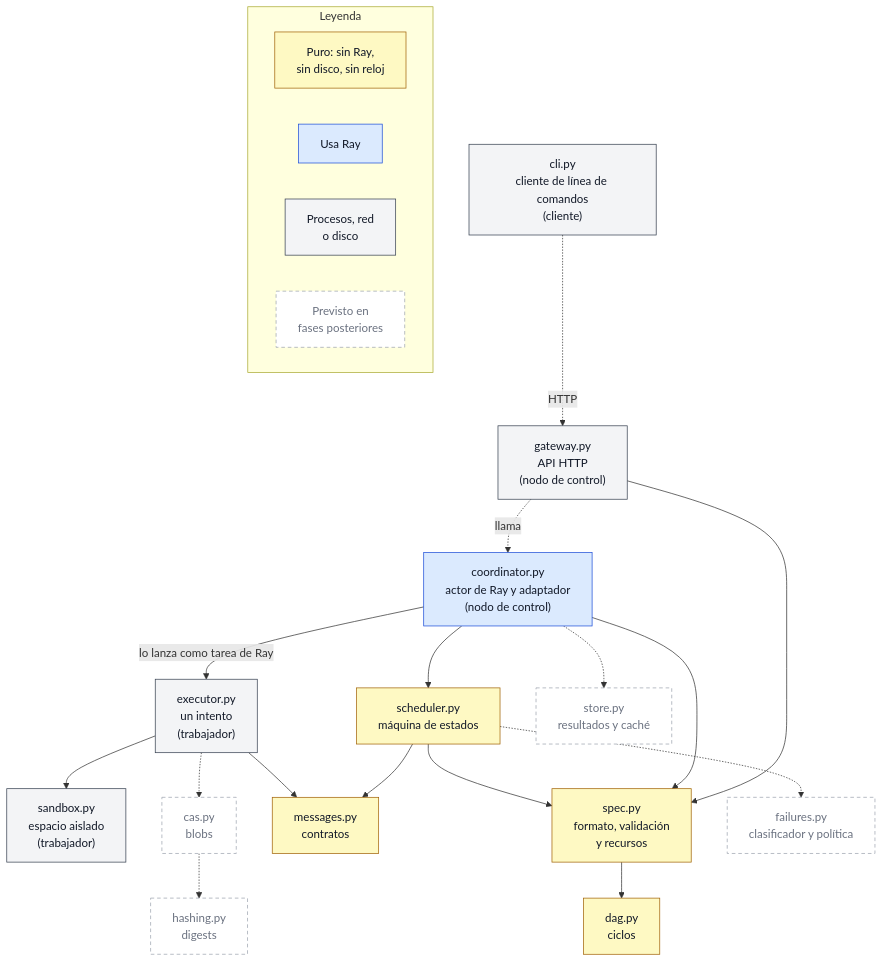
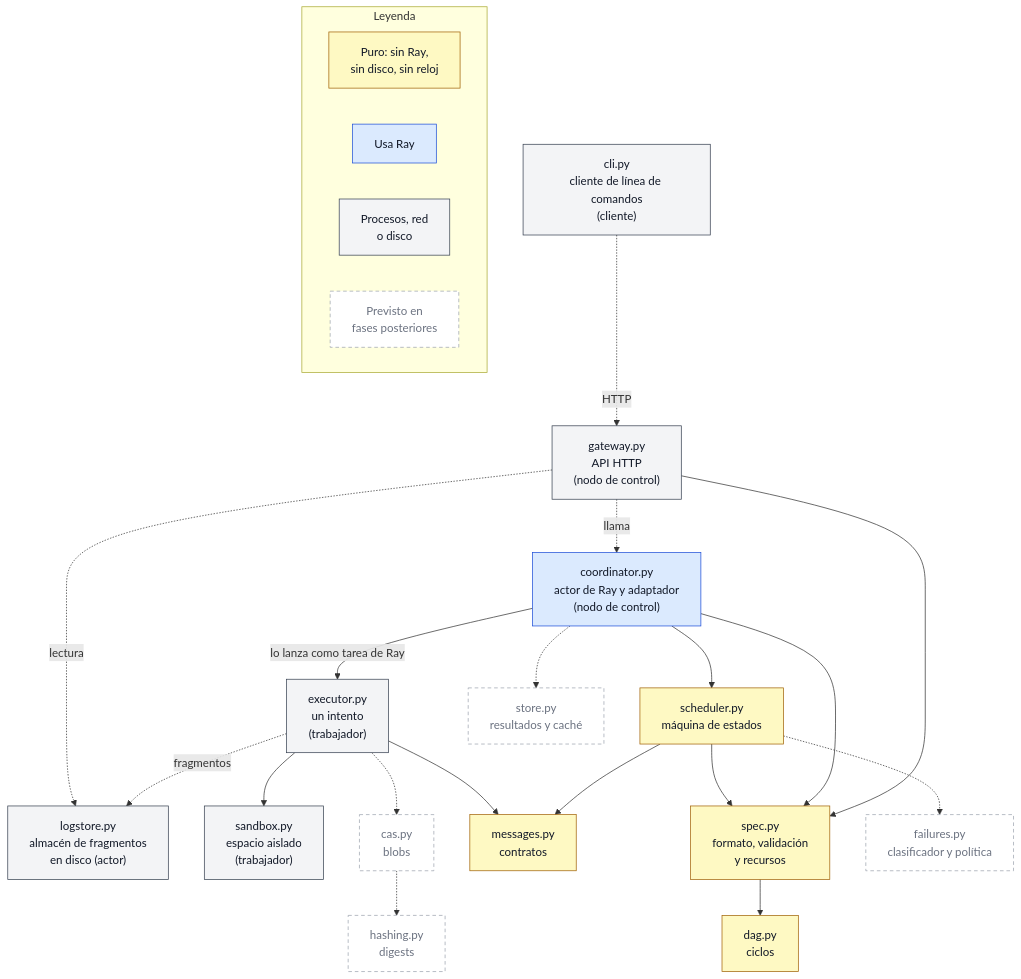
Before and after one commit to sebagonz106/Distributed-Process-Execution-System: the diagram in plan/diagramas/dependencias-modulos.mmd, drawn with Mermaid. The commit also changed 5 other files, not shown here.

First line of the commit message:
docs(phase4): log flow diagram and final R5 traceability

```diff
--- a/plan/diagramas/dependencias-modulos.mmd
+++ b/plan/diagramas/dependencias-modulos.mmd
@@ -1,49 +1,52 @@
 flowchart TD
   cli["cli.py<br/>cliente de línea de comandos<br/>(cliente)"]
   gateway["gateway.py<br/>API HTTP<br/>(nodo de control)"]
   coordinator["coordinator.py<br/>actor de Ray y adaptador<br/>(nodo de control)"]
   executor["executor.py<br/>un intento<br/>(trabajador)"]
+  logstore["logstore.py<br/>almacén de fragmentos<br/>en disco (actor)"]
   sandbox["sandbox.py<br/>espacio aislado<br/>(trabajador)"]
   scheduler["scheduler.py<br/>máquina de estados"]
   spec["spec.py<br/>formato, validación<br/>y recursos"]
   dag["dag.py<br/>ciclos"]
   messages["messages.py<br/>contratos"]
   store["store.py<br/>resultados y caché"]
   cas["cas.py<br/>blobs"]
   failures["failures.py<br/>clasificador y política"]
   hashing["hashing.py<br/>digests"]
 
   cli -. "HTTP" .-> gateway
   gateway -. "llama" .-> coordinator
   coordinator -- "lo lanza como tarea de Ray" --> executor
 
   gateway --> spec
   coordinator --> scheduler
   coordinator --> spec
   scheduler --> spec
   scheduler --> messages
   spec --> dag
   executor --> sandbox
   executor --> messages
+  executor -.->|fragmentos| logstore
+  gateway -.->|lectura| logstore
 
   coordinator -.-> store
   scheduler -.-> failures
   executor -.-> cas
   cas -.-> hashing
 
   subgraph LEYENDA["Leyenda"]
     direction LR
     L1["Puro: sin Ray,<br/>sin disco, sin reloj"]
     L2["Usa Ray"]
     L3["Procesos, red<br/>o disco"]
     L4["Previsto en<br/>fases posteriores"]
   end
 
   classDef puro fill:#fef9c3,stroke:#a16207,color:#111827
   classDef ray fill:#dbeafe,stroke:#1d4ed8,color:#111827
   classDef io fill:#f3f4f6,stroke:#374151,color:#111827
   classDef previsto fill:#ffffff,stroke:#9ca3af,color:#6b7280,stroke-dasharray:5 4
   class scheduler,spec,dag,messages,L1 puro
   class coordinator,L2 ray
-  class cli,gateway,executor,sandbox,L3 io
+  class cli,gateway,executor,sandbox,logstore,L3 io
   class store,cas,failures,hashing,L4 previsto
```
